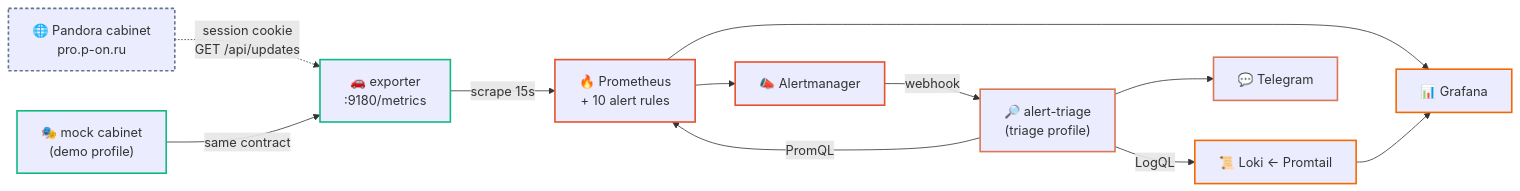
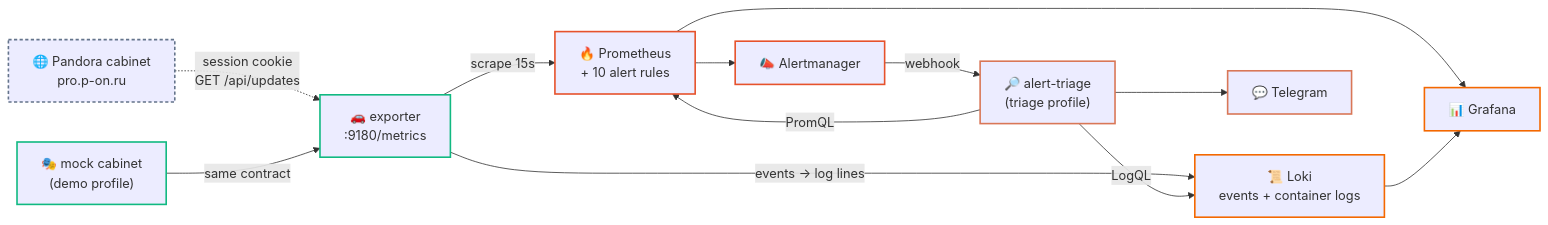
The diagram in observability/vehicle-telemetry/README.md (tobrazo/devops), drawn with Mermaid before and after one commit. The commit also changed other lines of this file and 11 other files, not shown here.

````diff
--- a/observability/vehicle-telemetry/README.md
+++ b/observability/vehicle-telemetry/README.md
@@ -54,30 +54,31 @@
 ```mermaid
 flowchart LR
   cab["🌐 Pandora cabinet<br/>pro.p-on.ru"]
   mock["🎭 mock cabinet<br/>(demo profile)"]
   exp["🚗 exporter<br/>:9180/metrics"]
   prom["🔥 Prometheus<br/>+ 10 alert rules"]
   am["📣 Alertmanager"]
   agent["🔎 alert-triage<br/>(triage profile)"]
-  loki["📜 Loki ← Promtail"]
+  loki["📜 Loki<br/>events + container logs"]
   graf["📊 Grafana"]
   tg["💬 Telegram"]
 
   cab -.->|"session cookie<br/>GET /api/updates"| exp
   mock -->|same contract| exp
   exp -->|scrape 15s| prom
+  exp -->|"events → log lines"| loki
   prom --> am
   am -->|webhook| agent
   agent -->|"PromQL"| prom
   agent -->|"LogQL"| loki
   agent --> tg
   prom --> graf
   loki --> graf
 
   classDef ext stroke:#64748b,stroke-width:2px,stroke-dasharray:4 3;
   classDef app stroke:#10b981,stroke-width:2px;
   classDef obs stroke:#e6522c,stroke-width:2px;
   classDef viz stroke:#f46800,stroke-width:2px;
   classDef ai stroke:#d97757,stroke-width:2px;
   class cab ext; class mock,exp app; class prom,am obs; class loki,graf viz; class agent,tg ai;
 ```
````
